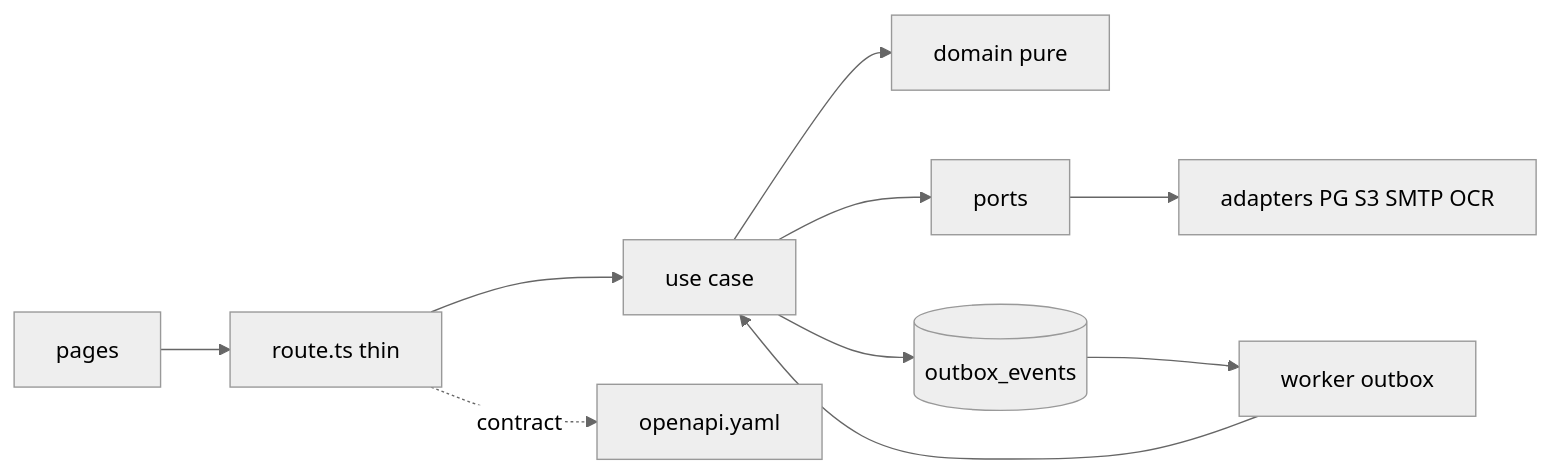
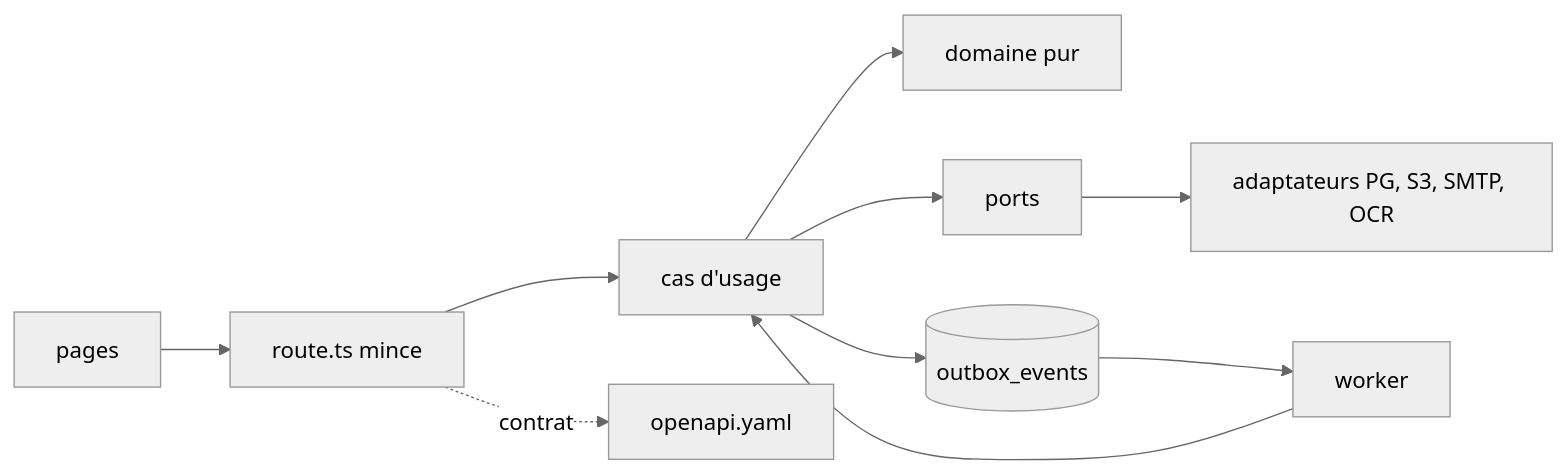
The diagram in docs/designs/expense-rebuild.md (2-MORGAN/expense-io), drawn with Mermaid (neutral theme) before and after one commit. The commit also changed other lines of this file and 1 other file, not shown here.

````diff
--- a/docs/designs/expense-rebuild.md
+++ b/docs/designs/expense-rebuild.md
@@ -49,12 +69,12 @@
 ```mermaid
 flowchart LR
-  UI[pages] --> R[route.ts thin]
-  R --> U[use case]
-  W[worker outbox] --> U
-  U --> D[domain pure]
+  UI[pages] --> R[route.ts mince]
+  R --> U[cas d'usage]
+  W[worker] --> U
+  U --> D[domaine pur]
   U --> P[ports]
-  P --> A[adapters PG S3 SMTP OCR]
+  P --> A[adaptateurs PG, S3, SMTP, OCR]
   U --> O[(outbox_events)]
   O --> W
-  R -. contract .-> C[openapi.yaml]
+  R -. contrat .-> C[openapi.yaml]
 ```
````
